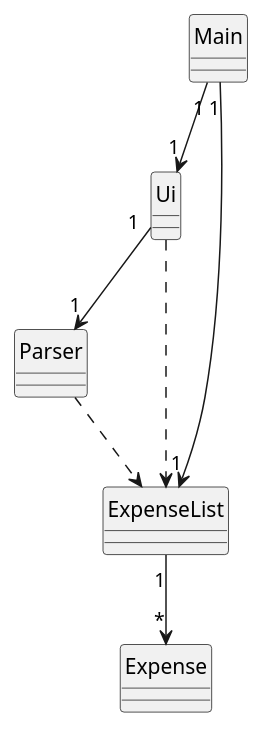
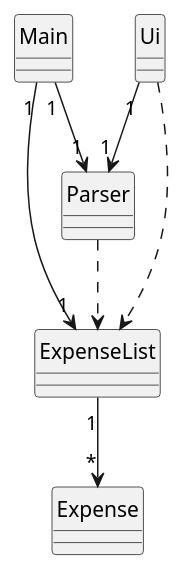
Before and after one commit to nus-cs2113-AY2425S1/tp: the diagram in docs/diagrams/plantuml/main.puml, drawn with PlantUML. The commit also changed 17 other files, not shown here.

```diff
--- a/docs/diagrams/plantuml/main.puml
+++ b/docs/diagrams/plantuml/main.puml
@@ -1,18 +1,18 @@
 @startuml
 skinparam classAttributeIconSize 0
 hide circle
 
 class Main
 class Parser
 class Ui
 class Expense
 class ExpenseList
 
-Main "1" -d-> "1" Ui
+Main "1" -d-> "1" Parser
 Main "1" -d-> "1" ExpenseList
 Ui "1" -d-> "1" Parser
 ExpenseList "1" -d-> "*" Expense
 
 Ui -[dashed]-> ExpenseList
 Parser -[dashed]-> ExpenseList
 @enduml
```
